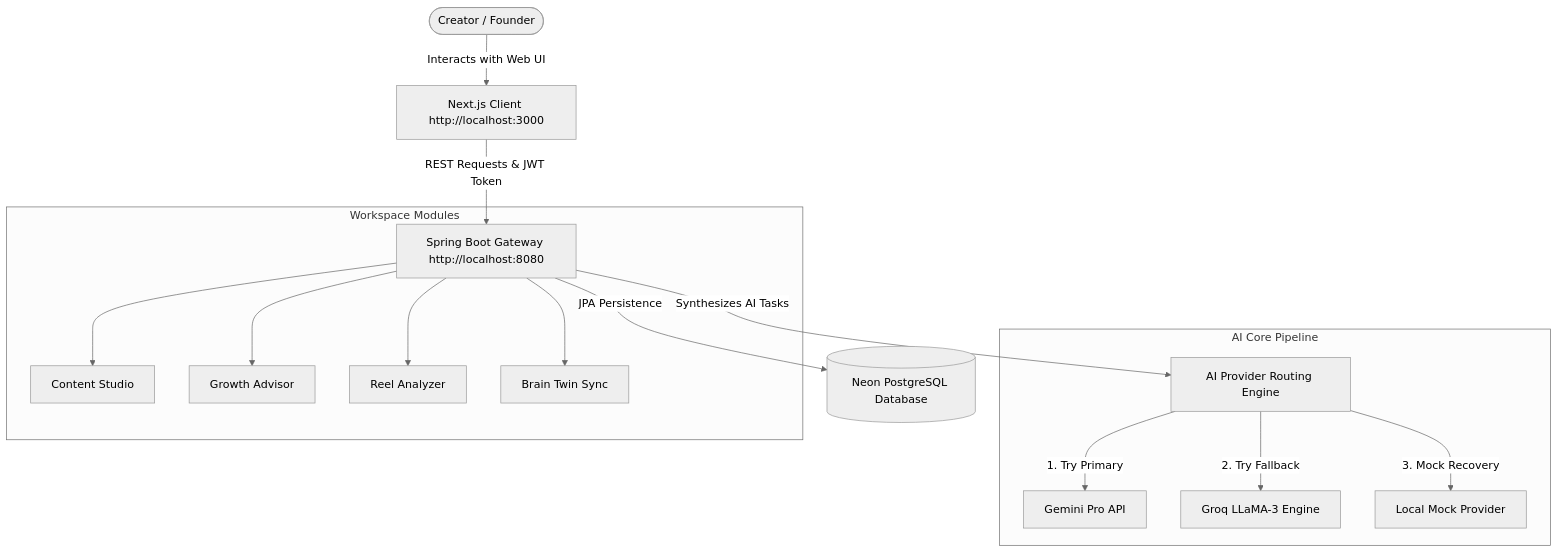
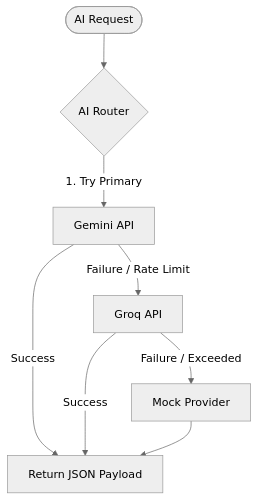
The second of 4 diagrams in README.md (Nataraj-EL/creator-os.ai), drawn with Mermaid (neutral theme) before and after one commit. The commit also changed other lines of this file, not shown here.

Commit message:
Refine README structure and architecture documentation

````diff
--- a/README.md
+++ b/README.md
@@ -13,26 +63,10 @@
 ```mermaid
-graph TD
-    User([Creator / Founder])
-    Client[Next.js Client http://localhost:3000]
-    API[Spring Boot Gateway http://localhost:8080]
-    DB[(Neon PostgreSQL Database)]
-    Router[AI Provider Routing Engine]
-
-    User -->|Interacts with Web UI| Client
-    Client -->|REST Requests & JWT Token| API
-    API -->|JPA Persistence| DB
-    API -->|Synthesizes AI Tasks| Router
-
-    subgraph "AI Core Pipeline"
-        Router -->|1. Try Primary| Gemini[Gemini Pro API]
-        Router -->|2. Try Fallback| Groq[Groq LLaMA-3 Engine]
-        Router -->|3. Mock Recovery| Mock[Local Mock Provider]
-    end
-
-    subgraph "Workspace Modules"
-        API --> Content[Content Studio]
-        API --> Growth[Growth Advisor]
-        API --> Reel[Reel Analyzer]
-        API --> Brain[Brain Twin Sync]
-    end
+flowchart TD
+    Request([AI Request]) --> Router{AI Router}
+    Router -->|1. Try Primary| Gemini[Gemini API]
+    Gemini -->|Success| Return[Return JSON Payload]
+    Gemini -->|Failure / Rate Limit| Groq[Groq API]
+    Groq -->|Success| Return
+    Groq -->|Failure / Exceeded| MockProvider[Mock Provider]
+    MockProvider --> Return
 ```
````
